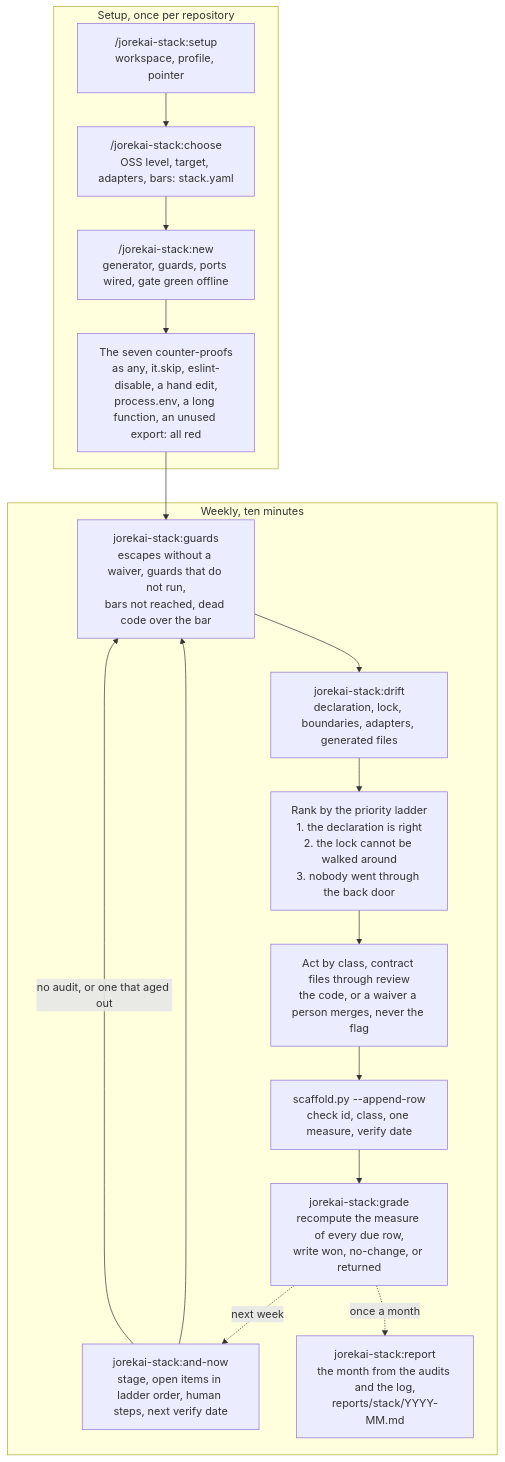
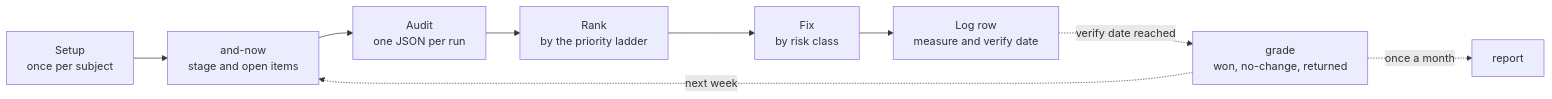
The second of 2 diagrams in README.md (jorekai/skills), drawn with Mermaid before and after one commit. The commit also changed other lines of this file and 12 other files, not shown here.

````diff
--- a/README.md
+++ b/README.md
@@ -274,27 +49,11 @@
 ```mermaid
-flowchart TD
-    subgraph E["Setup, once per repository"]
-        S1["/jorekai-stack:setup<br/>workspace, profile, pointer"]
-        S2["/jorekai-stack:choose<br/>OSS level, target, adapters, bars: stack.yaml"]
-        S3["/jorekai-stack:new<br/>generator, guards, ports wired, gate green offline"]
-        S4["The seven counter-proofs<br/>as any, it.skip, eslint-disable, a hand edit,<br/>process.env, a long function, an unused export: all red"]
-        S1 --> S2 --> S3 --> S4
-    end
-
-    subgraph W["Weekly, ten minutes"]
-        W1["jorekai-stack:and-now<br/>stage, open items in ladder order, human steps, next verify date"]
-        W2["jorekai-stack:guards<br/>escapes without a waiver, guards that do not run,<br/>bars not reached, dead code over the bar"]
-        W3["jorekai-stack:drift<br/>declaration, lock, boundaries, adapters, generated files"]
-        W4["Rank by the priority ladder<br/>1. the declaration is right<br/>2. the lock cannot be walked around<br/>3. nobody went through the back door"]
-        W5["Act by class, contract files through review<br/>the code, or a waiver a person merges, never the flag"]
-        W6["scaffold.py --append-row<br/>check id, class, one measure, verify date"]
-        W7["jorekai-stack:grade<br/>recompute the measure of every due row,<br/>write won, no-change, or returned"]
-        W8["jorekai-stack:report<br/>the month from the audits and the log,<br/>reports/stack/YYYY-MM.md"]
-        W1 --> W2 --> W3 --> W4 --> W5 --> W6 --> W7
-        W7 -. "next week" .-> W1
-        W7 -. "once a month" .-> W8
-    end
-
-    S4 --> W2
-    W1 -- "no audit, or one that aged out" --> W2
+flowchart LR
+    S["Setup<br/>once per subject"] --> N["and-now<br/>stage and open items"]
+    N --> A["Audit<br/>one JSON per run"]
+    A --> R["Rank<br/>by the priority ladder"]
+    R --> F["Fix<br/>by risk class"]
+    F --> L["Log row<br/>measure and verify date"]
+    L -. "verify date reached" .-> G["grade<br/>won, no-change, returned"]
+    G -. "next week" .-> N
+    G -. "once a month" .-> M["report"]
 ```
````
